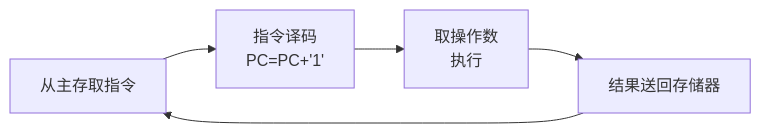
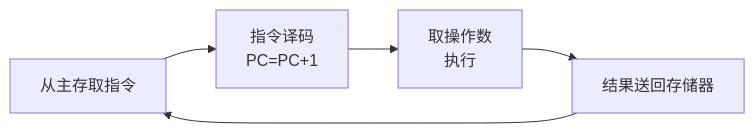
Before and after one commit to widcardw/my-notes: the second of 2 diagrams in docs/计组/s1_计算机系统概述.md, drawn with Mermaid. The commit also changed other lines of this file and 80 other files, not shown here.

````diff
--- a/docs/计组/s1_计算机系统概述.md
+++ b/docs/计组/s1_计算机系统概述.md
@@ -118,4 +118,4 @@
 ```mermaid
 graph LR
-t1["从主存取指令"]-->t2["指令译码<br>PC=PC+'1'"]-->t3["取操作数<br>执行"]-->t4["结果送回存储器"]-->t1
+t1["从主存取指令"]-->t2["指令译码<br>PC=PC+1"]-->t3["取操作数<br>执行"]-->t4["结果送回存储器"]-->t1
 ```
````
